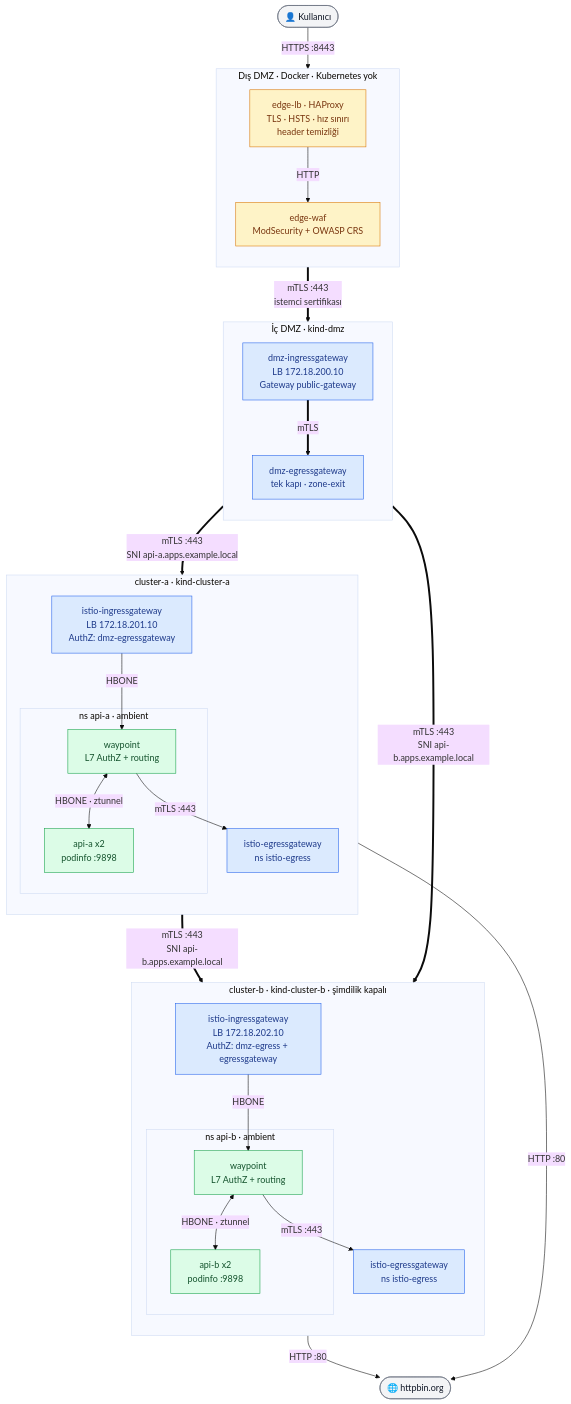
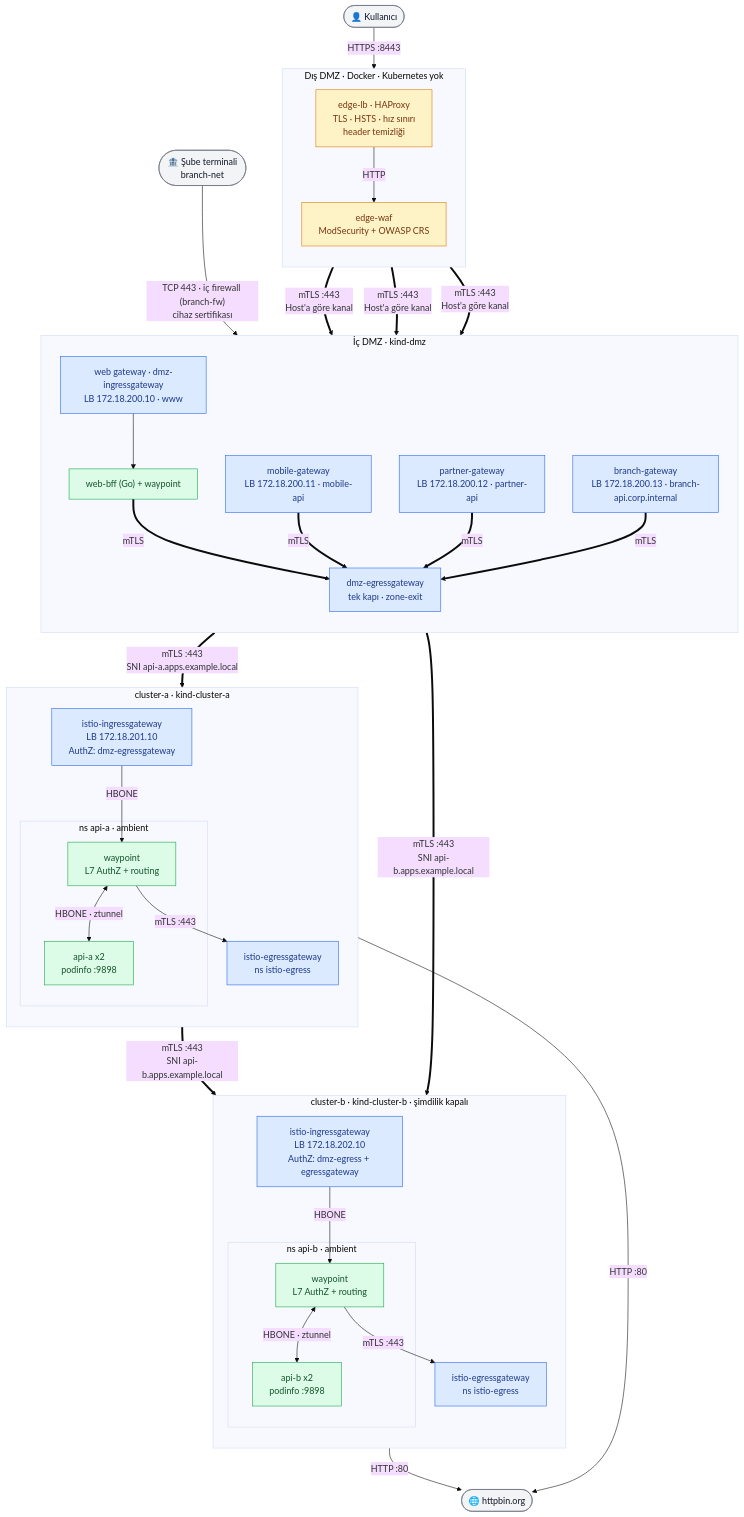
Before and after one commit to olgunyldz/service-mesh-lab: the third of 10 diagrams in README.md, drawn with Mermaid (base theme). The commit also changed other lines of this file and 31 other files, not shown here.

First line of the commit message:
DMZ kanalları: Web BFF, mobil, partner ve şube gateway'leri

````diff
--- a/README.md
+++ b/README.md
@@ -134,62 +145,70 @@
 ```mermaid
 flowchart TB
     user(["👤 Kullanıcı"])
     internet(["🌐 httpbin.org"])
 
     subgraph EDGE["Dış DMZ · Docker · Kubernetes yok"]
         direction TB
         haproxy["edge-lb · HAProxy<br/>TLS · HSTS · hız sınırı<br/>header temizliği"]
         waf["edge-waf<br/>ModSecurity + OWASP CRS"]
         haproxy -->|"HTTP"| waf
     end
 
     subgraph DMZ["İç DMZ · kind-dmz"]
         direction TB
-        dmzgw["dmz-ingressgateway<br/>LB 172.18.200.10<br/>Gateway public-gateway"]
+        dmzgw["web gateway · dmz-ingressgateway<br/>LB 172.18.200.10 · www"]
+        bff["web-bff (Go) + waypoint"]
+        mobgw["mobile-gateway<br/>LB 172.18.200.11 · mobile-api"]
+        pargw["partner-gateway<br/>LB 172.18.200.12 · partner-api"]
+        brgw["branch-gateway<br/>LB 172.18.200.13 · branch-api.corp.internal"]
         dmzeg["dmz-egressgateway<br/>tek kapı · zone-exit"]
-        dmzgw ==>|"mTLS"| dmzeg
+        dmzgw --> bff ==>|"mTLS"| dmzeg
+        mobgw ==>|"mTLS"| dmzeg
+        pargw ==>|"mTLS"| dmzeg
+        brgw ==>|"mTLS"| dmzeg
     end
 
     subgraph A["cluster-a · kind-cluster-a"]
         direction TB
         agw["istio-ingressgateway<br/>LB 172.18.201.10<br/>AuthZ: dmz-egressgateway"]
         subgraph nsa["ns api-a · ambient"]
             awp["waypoint<br/>L7 AuthZ + routing"]
             aapi["api-a x2<br/>podinfo :9898"]
         end
         aeg["istio-egressgateway<br/>ns istio-egress"]
         agw -->|"HBONE"| awp
         awp <-->|"HBONE · ztunnel"| aapi
         awp -->|"mTLS :443"| aeg
     end
 
     subgraph B["cluster-b · kind-cluster-b · şimdilik kapalı"]
         direction TB
         bgw["istio-ingressgateway<br/>LB 172.18.202.10<br/>AuthZ: dmz-egress + egressgateway"]
         subgraph nsb["ns api-b · ambient"]
             bwp["waypoint<br/>L7 AuthZ + routing"]
             bapi["api-b x2<br/>podinfo :9898"]
         end
         beg["istio-egressgateway<br/>ns istio-egress"]
         bgw -->|"HBONE"| bwp
         bwp <-->|"HBONE · ztunnel"| bapi
         bwp -->|"mTLS :443"| beg
     end
 
     user -->|"HTTPS :8443"| haproxy
-    waf ==>|"mTLS :443<br/>istemci sertifikası"| dmzgw
+    branch(["🏦 Şube terminali<br/>branch-net"]) -->|"TCP 443 · iç firewall (branch-fw)<br/>cihaz sertifikası"| brgw
+    waf ==>|"mTLS :443<br/>Host'a göre kanal"| dmzgw & mobgw & pargw
     dmzeg ==>|"mTLS :443<br/>SNI api-a.apps.example.local"| agw
     dmzeg ==>|"mTLS :443<br/>SNI api-b.apps.example.local"| bgw
     aeg ==>|"mTLS :443<br/>SNI api-b.apps.example.local"| bgw
     aeg -->|"HTTP :80"| internet
     beg -->|"HTTP :80"| internet
 
     classDef gw fill:#dbeafe,stroke:#2563eb,color:#1e3a8a
     classDef app fill:#dcfce7,stroke:#16a34a,color:#14532d
     classDef edge fill:#fef3c7,stroke:#d97706,color:#78350f
     classDef ext fill:#f3f4f6,stroke:#6b7280,color:#111827
-    class dmzgw,dmzeg,agw,bgw,aeg,beg gw
-    class awp,bwp,aapi,bapi app
+    class dmzgw,mobgw,pargw,brgw,dmzeg,agw,bgw,aeg,beg gw
+    class bff,awp,bwp,aapi,bapi app
     class haproxy,waf edge
-    class user,internet ext
+    class user,internet,branch ext
 ```
````
